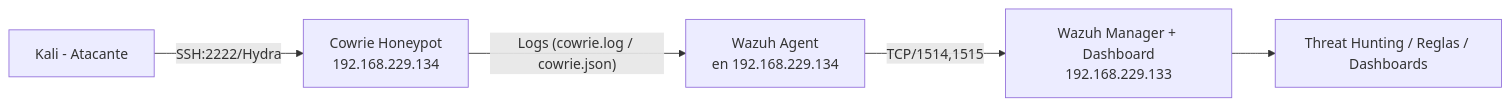
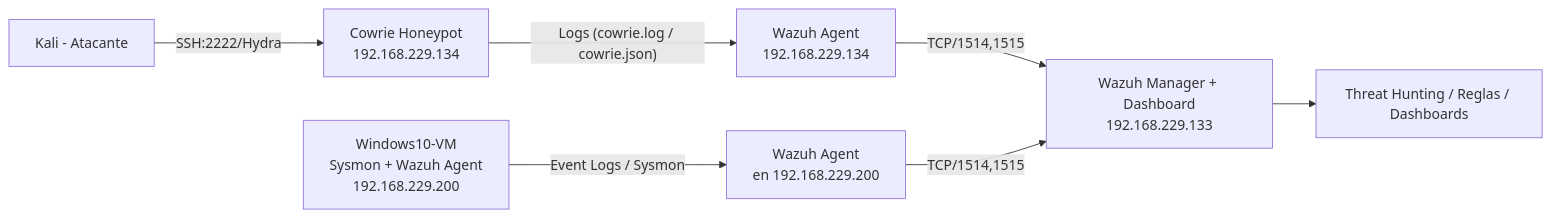
The diagram in README.md (mikjurado1/mini-soc-wazuh-cowrie), drawn with Mermaid before and after one commit.

````diff
--- a/README.md
+++ b/README.md
@@ -25,7 +25,13 @@
 ```mermaid
 flowchart LR
   A[Kali - Atacante] -- SSH:2222/Hydra --> B[Cowrie Honeypot<br/>192.168.229.134]
-  B -- Logs (cowrie.log / cowrie.json) --> C[Wazuh Agent<br/>en 192.168.229.134]
+  B -- Logs (cowrie.log / cowrie.json) --> C[Wazuh Agent<br/>192.168.229.134]
+  
+  F[Windows10-VM<br/>Sysmon + Wazuh Agent<br/>192.168.229.200] -- Event Logs / Sysmon --> G[Wazuh Agent<br/>en 192.168.229.200]
+  
   C -- TCP/1514,1515 --> D[Wazuh Manager + Dashboard<br/>192.168.229.133]
+  G -- TCP/1514,1515 --> D
+  
   D --> E[Threat Hunting / Reglas / Dashboards]
+
 ```
````
